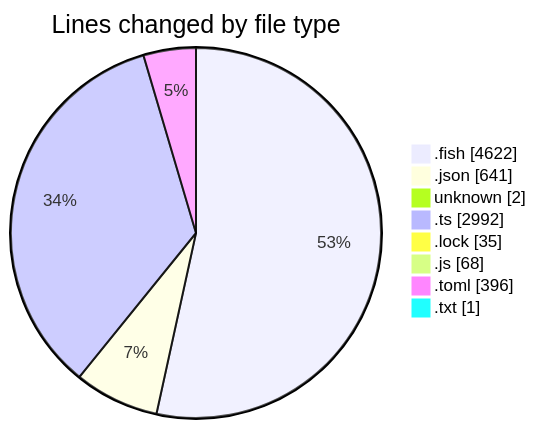
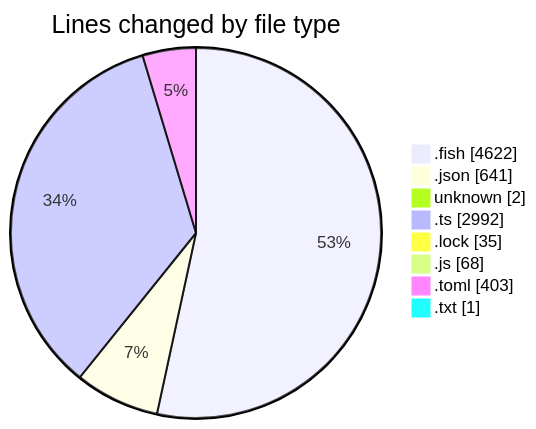
One commit to EIIisD/code-tracking changed the first of 2 diagrams in 2025-07-12/fish/README.md. Above: the diagram before and after it, drawn with Mermaid. The commit also changed other lines of this file and 1 other file, not shown here.

````diff
--- a/2025-07-12/fish/README.md
+++ b/2025-07-12/fish/README.md
@@ -204,12 +204,12 @@
 ```mermaid
 pie showData
 title Lines changed by file type
 ".fish" : 4622
 ".json" : 641
 "unknown" : 2
 ".ts" : 2992
 ".lock" : 35
 ".js" : 68
-".toml" : 396
+".toml" : 403
 ".txt" : 1
 ```
````
